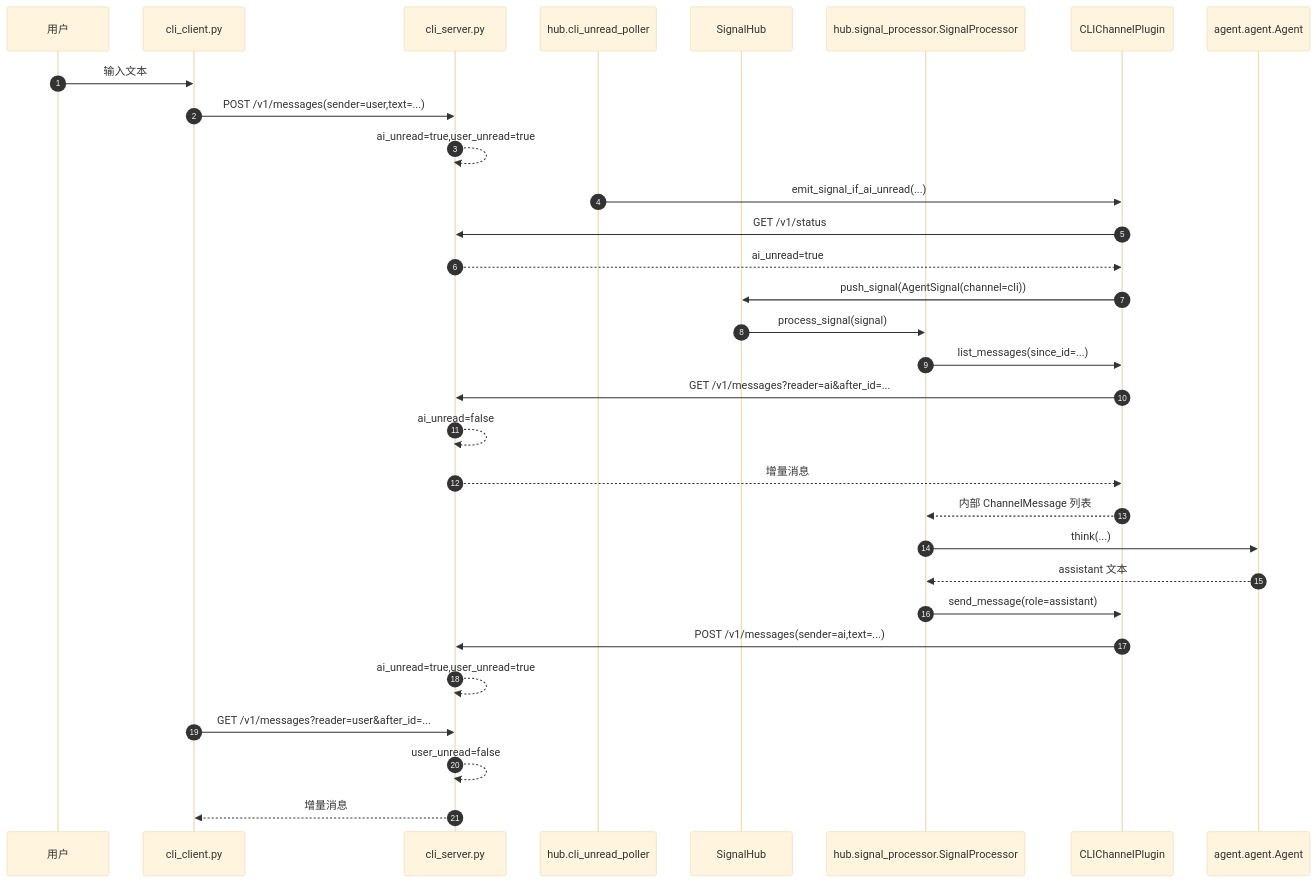
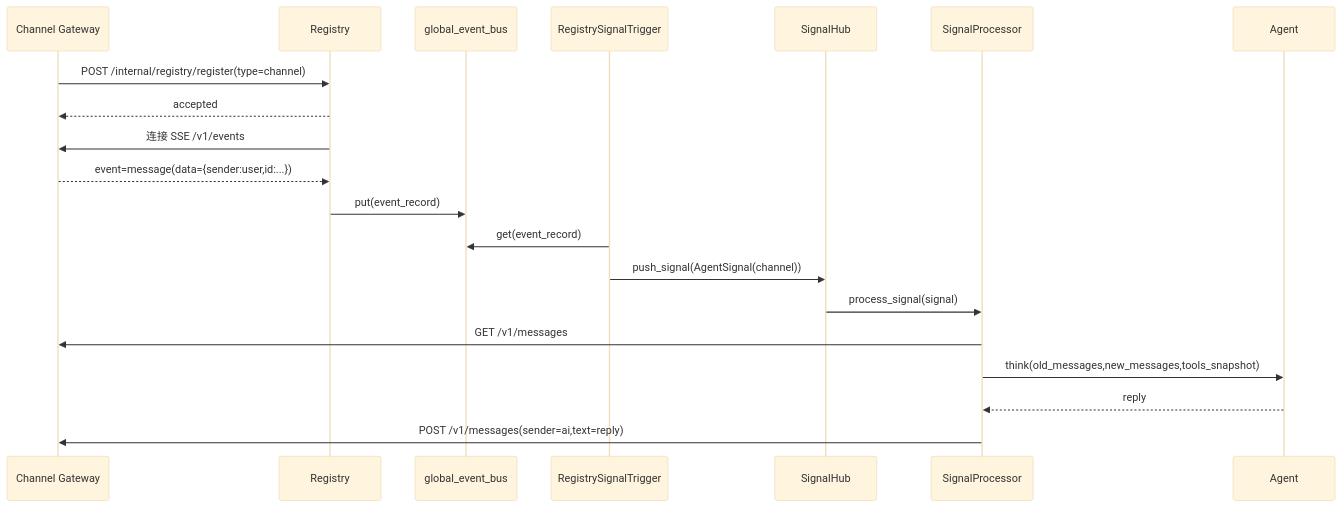
Before and after one commit to tamakara/AIChan: the diagram in docs/3.message-loop.md, drawn with Mermaid (base theme). The commit also changed other lines of this file and 34 other files, not shown here.

````diff
--- a/docs/3.message-loop.md
+++ b/docs/3.message-loop.md
@@ -13,34 +13,23 @@
 ```mermaid
 sequenceDiagram
-    autonumber
-    participant User as 用户
-    participant Client as cli_client.py
-    participant Server as cli_server.py
-    participant Poller as hub.cli_unread_poller
-    participant Hub as SignalHub
-    participant Processor as hub.signal_processor.SignalProcessor
-    participant Channel as CLIChannelPlugin
-    participant Runtime as agent.agent.Agent
+    participant GW as Channel Gateway
+    participant REG as Registry
+    participant BUS as global_event_bus
+    participant TRG as RegistrySignalTrigger
+    participant HUB as SignalHub
+    participant PROC as SignalProcessor
+    participant AG as Agent
 
-    User->>Client: 输入文本
-    Client->>Server: POST /v1/messages(sender=user,text=...)
-    Server-->>Server: ai_unread=true,user_unread=true
-    Poller->>Channel: emit_signal_if_ai_unread(...)
-    Channel->>Server: GET /v1/status
-    Server-->>Channel: ai_unread=true
-    Channel->>Hub: push_signal(AgentSignal(channel=cli))
-    Hub->>Processor: process_signal(signal)
-    Processor->>Channel: list_messages(since_id=...)
-    Channel->>Server: GET /v1/messages?reader=ai&after_id=...
-    Server-->>Server: ai_unread=false
-    Server-->>Channel: 增量消息
-    Channel-->>Processor: 内部 ChannelMessage 列表
-    Processor->>Runtime: think(...)
-    Runtime-->>Processor: assistant 文本
-    Processor->>Channel: send_message(role=assistant)
-    Channel->>Server: POST /v1/messages(sender=ai,text=...)
-    Server-->>Server: ai_unread=true,user_unread=true
-    Client->>Server: GET /v1/messages?reader=user&after_id=...
-    Server-->>Server: user_unread=false
-    Server-->>Client: 增量消息
+    GW->>REG: POST /internal/registry/register(type=channel)
+    REG-->>GW: accepted
+    REG->>GW: 连接 SSE /v1/events
+    GW-->>REG: event=message(data={sender:user,id:...})
+    REG->>BUS: put(event_record)
+    TRG->>BUS: get(event_record)
+    TRG->>HUB: push_signal(AgentSignal(channel))
+    HUB->>PROC: process_signal(signal)
+    PROC->>GW: GET /v1/messages
+    PROC->>AG: think(old_messages,new_messages,tools_snapshot)
+    AG-->>PROC: reply
+    PROC->>GW: POST /v1/messages(sender=ai,text=reply)
 ```
````
